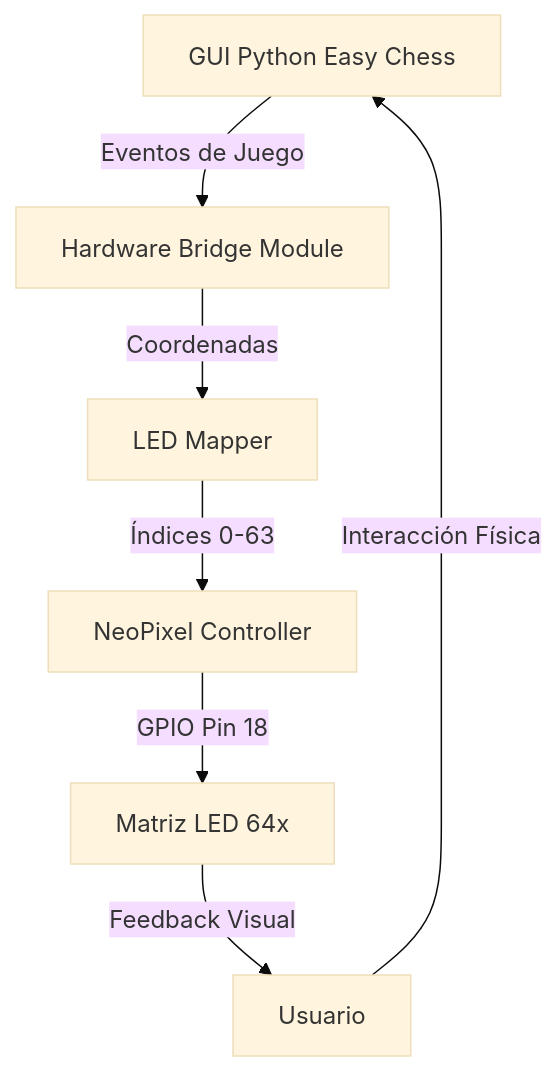
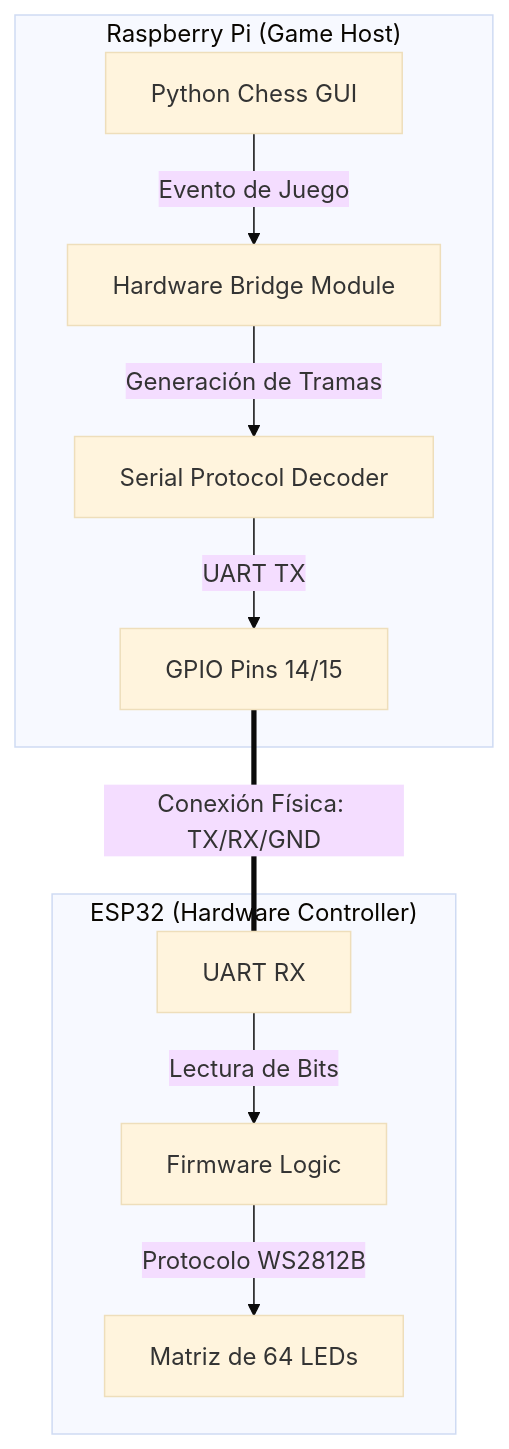
Before and after one commit to KathaMonge/Python-KChess: the diagram in PLAN_HARDWARE_FEEDBACK.md, drawn with Mermaid (base theme). The commit also changed other lines of this file, not shown here.

Commit message:
translate and update hardware feedback plan to use ESP32 via UART

````diff
--- a/PLAN_HARDWARE_FEEDBACK.md
+++ b/PLAN_HARDWARE_FEEDBACK.md
@@ -19,9 +19,15 @@
 ```mermaid
 graph TD
-    A[GUI Python Easy Chess] -->|Eventos de Juego| B[Hardware Bridge Module]
-    B -->|Coordenadas| C[LED Mapper]
-    C -->|Índices 0-63| D[NeoPixel Controller]
-    D -->|GPIO Pin 18| E[Matriz LED 64x]
-    E -->|Feedback Visual| F[Usuario]
-    F -->|Interacción Física| A
+    subgraph "Raspberry Pi (Game Host)"
+        A[Python Chess GUI] -->|Evento de Juego| B[Hardware Bridge Module]
+        B -->|Generación de Tramas| C[Serial Protocol Decoder]
+        C -->|UART TX| D[GPIO Pins 14/15]
+    end
+
+    subgraph "ESP32 (Hardware Controller)"
+        E[UART RX] -->|Lectura de Bits| F[Firmware Logic]
+        F -->|Protocolo WS2812B| G[Matriz de 64 LEDs]
+    end
+
+    D ===|Conexión Física: TX/RX/GND| E
 ```
````
